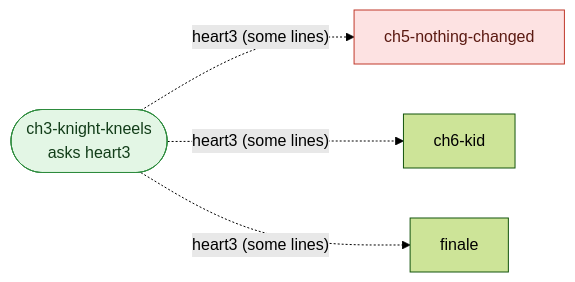
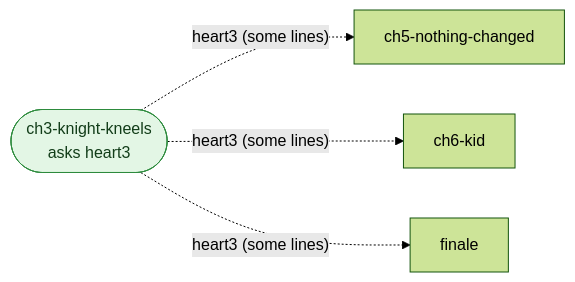
One commit to damicoedoardo/calisthenics-quest changed the eighth of 17 diagrams in src/story/graph.md. Above: the diagram before and after it, drawn with Mermaid (forest theme). The commit also changed other lines of this file and 14 other files, not shown here.

First line of the commit message:
Story catches up when a boss falls early, and the graph test holds it

````diff
--- a/src/story/graph.md
+++ b/src/story/graph.md
@@ -238,13 +175,12 @@
 ```mermaid
 flowchart LR
   ch3_knight_kneels(["ch3-knight-kneels<br/>asks heart3"])
   ch3_knight_kneels -.->|"heart3 (some lines)"| ch5_nothing_changed["ch5-nothing-changed"]
   ch3_knight_kneels -.->|"heart3 (some lines)"| ch6_kid["ch6-kid"]
   ch3_knight_kneels -.->|"heart3 (some lines)"| finale["finale"]
   classDef lost fill:#fde2e2,stroke:#c0392b,color:#5b1a12
   classDef only fill:#fdf1d6,stroke:#c98a10,color:#4a3305
   classDef ask fill:#e2ecfd,stroke:#2f5fb3,color:#13284d
   classDef done fill:#e3f6e5,stroke:#2e8b3e,color:#123d19
   class ch3_knight_kneels done
-  class ch5_nothing_changed lost
 ```
````
